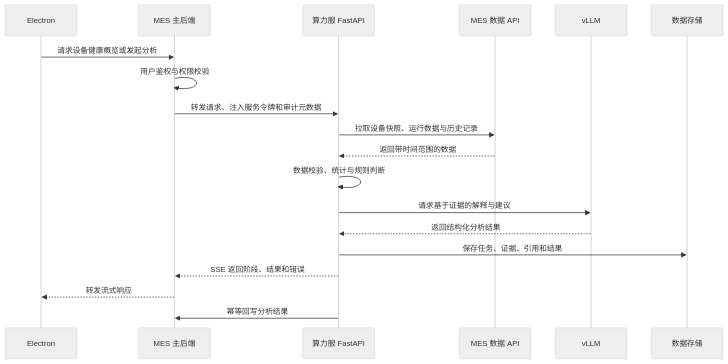
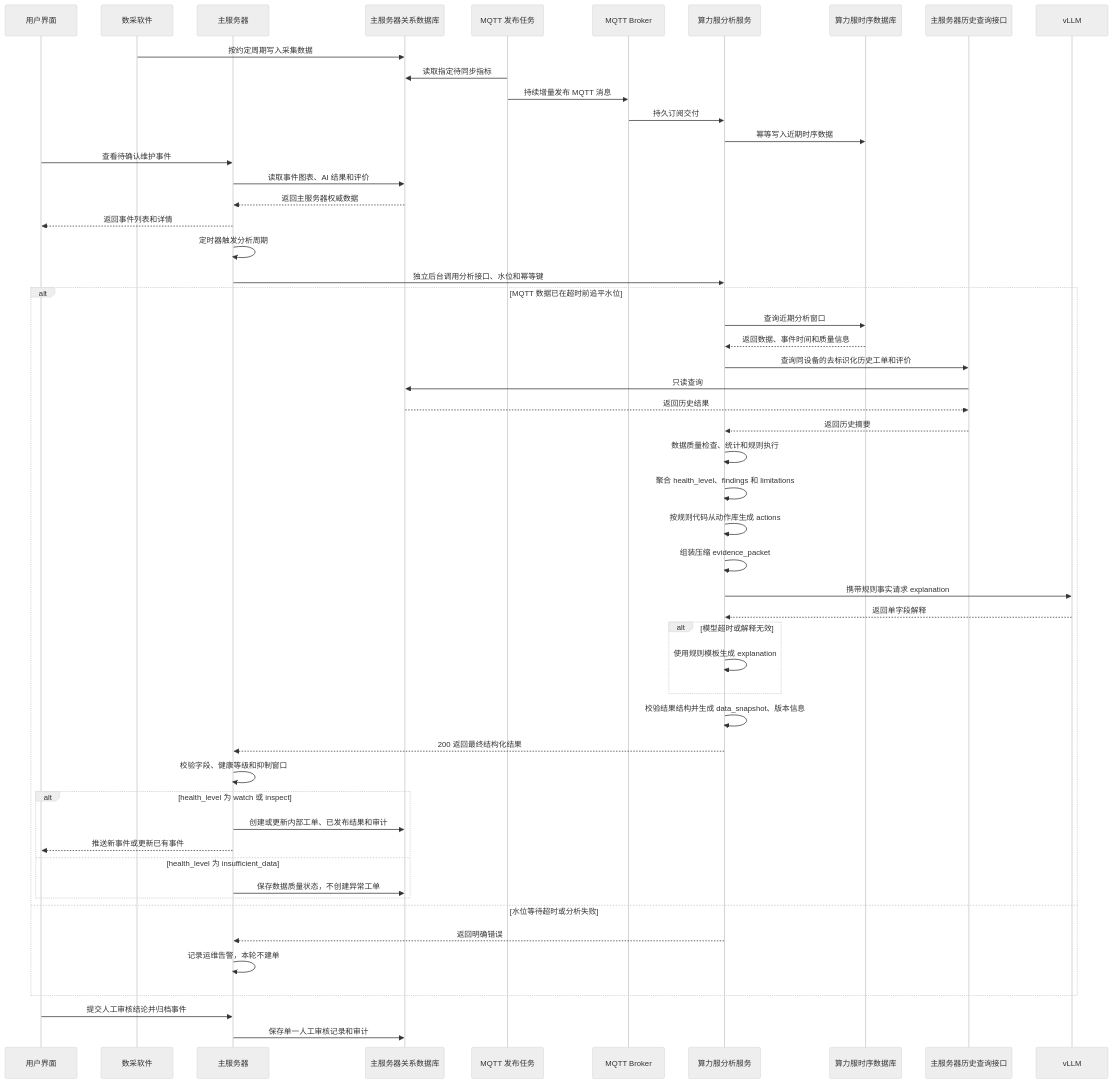
One commit to masskx/CompanyP26122 changed the second of 4 diagrams in docs/项目规划/设计文档.md. Above: the diagram before and after it, drawn with Mermaid (neutral theme). The commit also changed other lines of this file and 46 other files, not shown here.

````diff
--- a/docs/项目规划/设计文档.md
+++ b/docs/项目规划/设计文档.md
@@ -91,22 +140,59 @@
 ```mermaid
 sequenceDiagram
-    participant E as Electron
-    participant M as MES 主后端
-    participant C as 算力服 FastAPI
-    participant D as MES 数据 API
+    participant E as 用户界面
+    participant N as 数采软件
+    participant M as 主服务器
+    participant P as 主服务器关系数据库
+    participant X as MQTT 发布任务
+    participant Q as MQTT Broker
+    participant C as 算力服分析服务
+    participant T as 算力服时序数据库
+    participant H as 主服务器历史查询接口
     participant L as vLLM
-    participant S as 数据存储
 
-    E->>M: 请求设备健康概览或发起分析
-    M->>M: 用户鉴权与权限校验
-    M->>C: 转发请求、注入服务令牌和审计元数据
-    C->>D: 拉取设备快照、运行数据与历史记录
-    D-->>C: 返回带时间范围的数据
-    C->>C: 数据校验、统计与规则判断
-    C->>L: 请求基于证据的解释与建议
-    L-->>C: 返回结构化分析结果
-    C->>S: 保存任务、证据、引用和结果
-    C-->>M: SSE 返回阶段、结果和错误
-    M-->>E: 转发流式响应
-    C->>M: 幂等回写分析结果
+    N->>P: 按约定周期写入采集数据
+    X->>P: 读取指定待同步指标
+    X->>Q: 持续增量发布 MQTT 消息
+    Q->>C: 持久订阅交付
+    C->>T: 幂等写入近期时序数据
+
+    E->>M: 查看待确认维护事件
+    M->>P: 读取事件图表、AI 结果和评价
+    P-->>M: 返回主服务器权威数据
+    M-->>E: 返回事件列表和详情
+
+    M->>M: 定时器触发分析周期
+    M->>C: 独立后台调用分析接口、水位和幂等键
+    alt MQTT 数据已在超时前追平水位
+        C->>T: 查询近期分析窗口
+        T-->>C: 返回数据、事件时间和质量信息
+        C->>H: 查询同设备的去标识化历史工单和评价
+        H->>P: 只读查询
+        P-->>H: 返回历史结果
+        H-->>C: 返回历史摘要
+        C->>C: 数据质量检查、统计和规则执行
+        C->>C: 聚合 health_level、findings 和 limitations
+        C->>C: 按规则代码从动作库生成 actions
+        C->>C: 组装压缩 evidence_packet
+        C->>L: 携带规则事实请求 explanation
+        L-->>C: 返回单字段解释
+        alt 模型超时或解释无效
+            C->>C: 使用规则模板生成 explanation
+        end
+        C->>C: 校验结果结构并生成 data_snapshot、版本信息
+        C-->>M: 200 返回最终结构化结果
+        M->>M: 校验字段、健康等级和抑制窗口
+        alt health_level 为 watch 或 inspect
+            M->>P: 创建或更新内部工单、已发布结果和审计
+            M-->>E: 推送新事件或更新已有事件
+        else health_level 为 insufficient_data
+            M->>P: 保存数据质量状态，不创建异常工单
+        end
+    else 水位等待超时或分析失败
+        C-->>M: 返回明确错误
+        M->>M: 记录运维告警，本轮不建单
+    end
+
+    E->>M: 提交人工审核结论并归档事件
+    M->>P: 保存单一人工审核记录和审计
 ```
````
